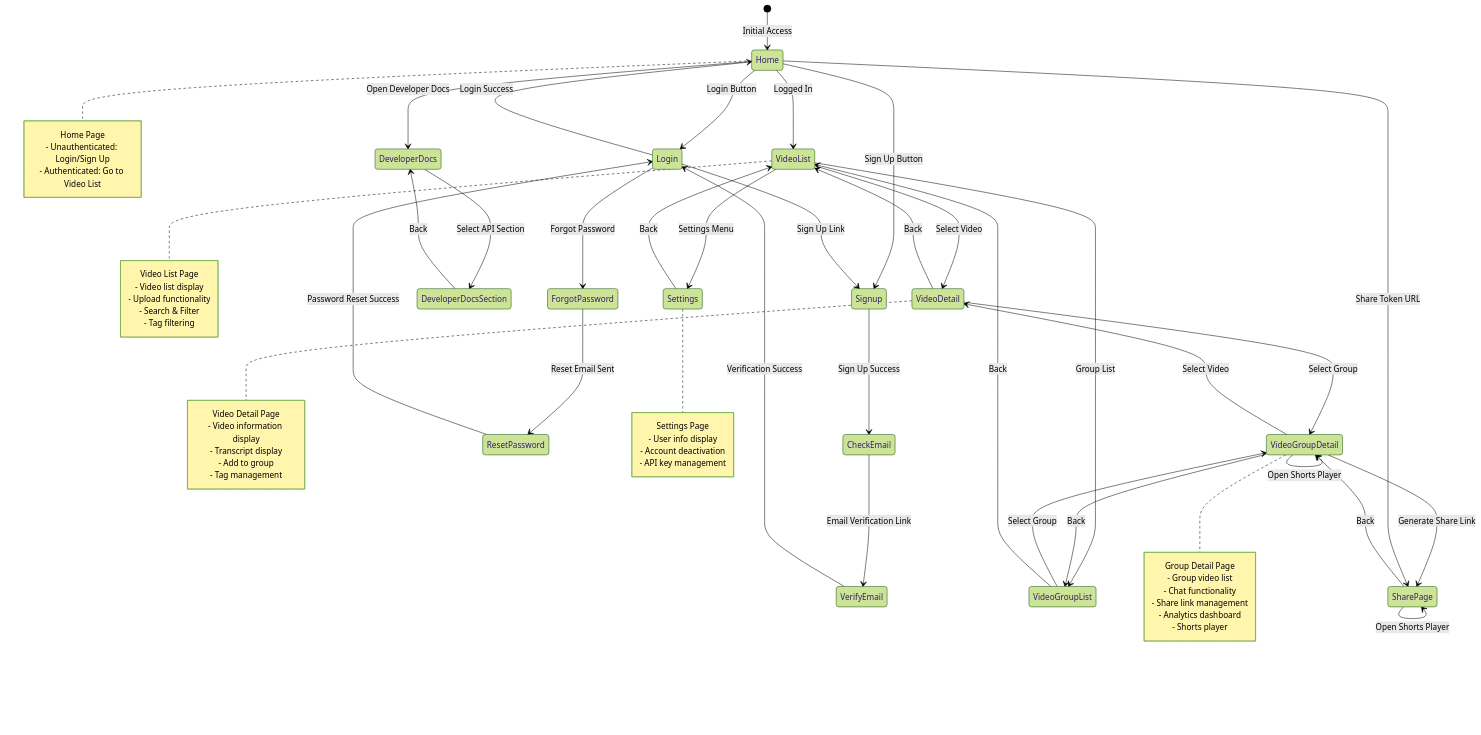
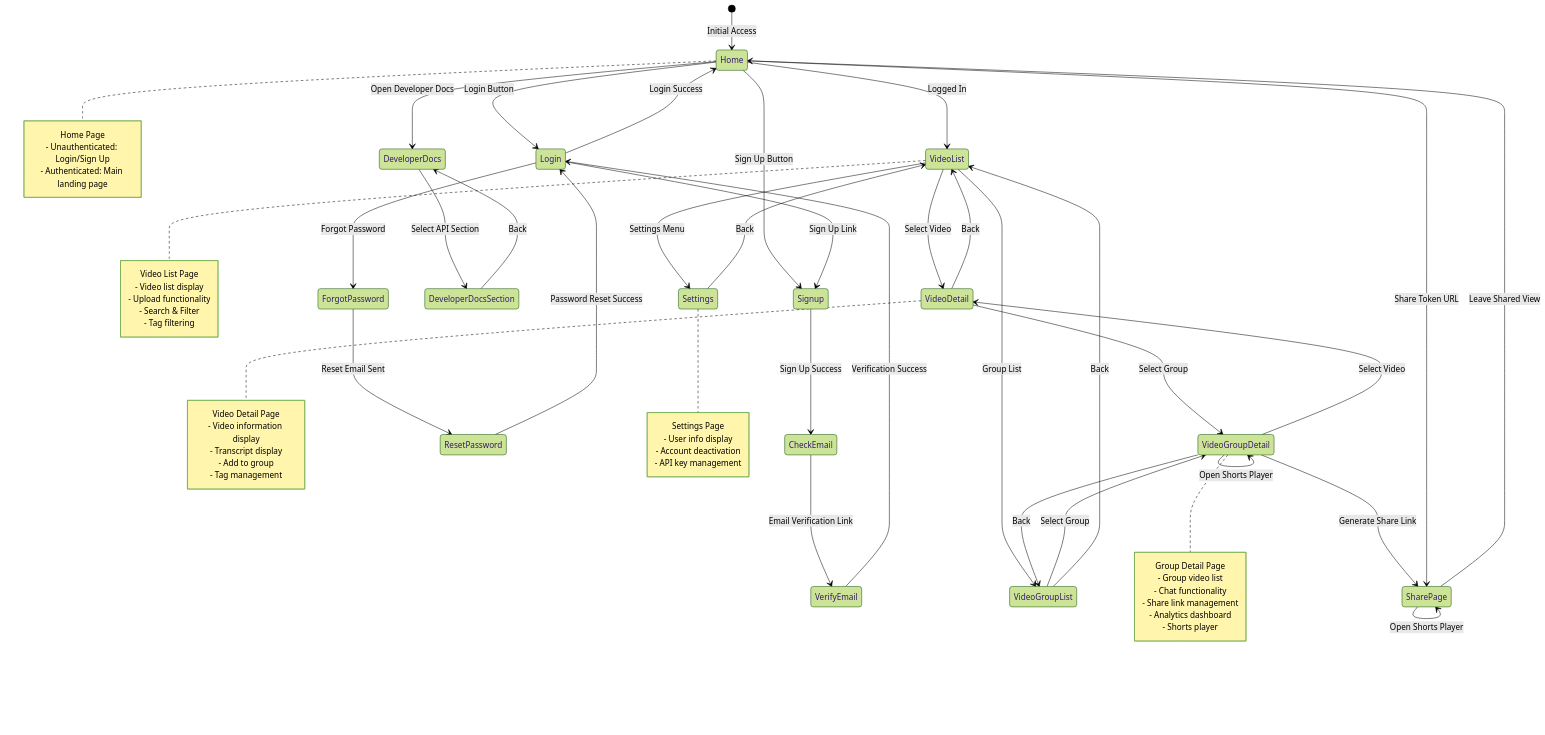
One commit to yukiharada1228/videoq changed the diagram in docs/requirements/screen-transition-diagram.md. Above: the diagram before and after it, drawn with Mermaid (forest theme). The commit also changed other lines of this file and 7 other files, not shown here.

```diff
--- a/docs/requirements/screen-transition-diagram.md
+++ b/docs/requirements/screen-transition-diagram.md
@@ -41,7 +41,7 @@
     VideoGroupDetail --> VideoGroupDetail: Open Analytics Dashboard
     VideoGroupDetail --> VideoGroupDetail: Open Shorts Player
     
-    SharePage --> VideoGroupDetail: Back
+    SharePage --> Home: Leave Shared View
 
     Home --> SharePage: Share Token URL
     SharePage --> SharePage: Chat with Shared Group
@@ -56,7 +56,7 @@
     note right of Home
         Home Page
         - Unauthenticated: Login/Sign Up
-        - Authenticated: Go to Video List
+        - Authenticated: Main landing page
     end note
     
     note right of VideoList
```
